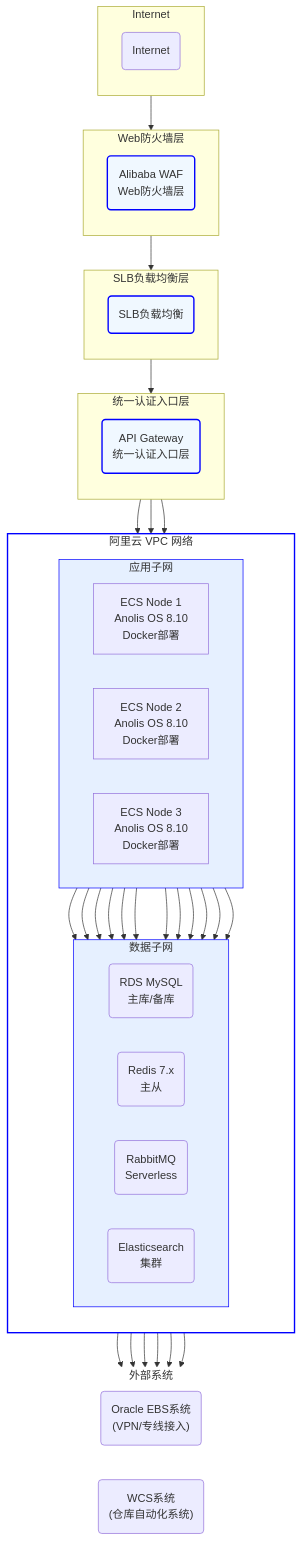
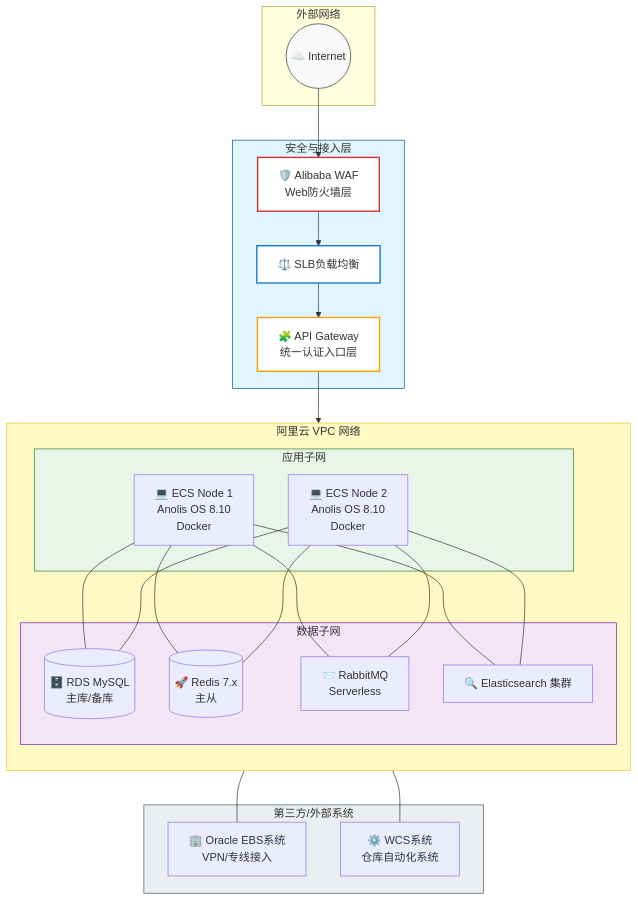
Before and after one commit to moumoukings/iodraw-files: the diagram in all/未命名.md, drawn with Mermaid.

Commit message:
2026-02-11 14:33:54 update

````diff
--- a/all/未命名.md
+++ b/all/未命名.md
@@ -1,99 +1,57 @@
 ```mermaid
-flowchart TD
-
-    %% 定义样式
-    subgraph cloud_internet [Internet]
-        direction TB
-        internet_cloud(Internet)
+graph TD
+    subgraph Public_Network [外部网络]
+        Internet(("☁️ Internet"))
     end
 
-    subgraph cloud_security [Web防火墙层]
+    subgraph Security_Layer [安全与接入层]
+        WAF["🛡️ Alibaba WAF<br/>Web防火墙层"]
+        SLB[⚖️ SLB负载均衡]
+        APIGW["🧩 API Gateway<br/>统一认证入口层"]
+    end
+
+    subgraph VPC [阿里云 VPC 网络]
         direction TB
-        waf("Alibaba WAF <br> Web防火墙层")
+        
+        subgraph App_Subnet [应用子网]
+            ECS1["💻 ECS Node 1<br/>Anolis OS 8.10<br/>Docker"]
+            ECS2["💻 ECS Node 2<br/>Anolis OS 8.10<br/>Docker"]
+        end
+
+        subgraph Data_Subnet [数据子网]
+            RDS[("🗄️ RDS MySQL<br/>主库/备库")]
+            Redis[("🚀 Redis 7.x<br/>主从")]
+            MQ["📨 RabbitMQ<br/>Serverless"]
+            ES[🔍 Elasticsearch 集群]
+        end
     end
-    style waf fill:#F0F8FF,stroke:#0000FF,stroke-width:2px
 
-    subgraph cloud_load_balancing [SLB负载均衡层]
-        direction TB
-        slb(SLB负载均衡)
+    subgraph External_Systems ["第三方/外部系统"]
+        EBS["🏢 Oracle EBS系统<br/>VPN/专线接入"]
+        WCS["⚙️ WCS系统<br/>仓库自动化系统"]
     end
-    style slb fill:#F0F8FF,stroke:#0000FF,stroke-width:2px
 
-    subgraph cloud_gateway [统一认证入口层]
-        direction TB
-        api_gateway("API Gateway <br> 统一认证入口层")
-    end
-    style api_gateway fill:#F0F8FF,stroke:#0000FF,stroke-width:2px
+    Internet --> WAF
+    WAF --> SLB
+    SLB --> APIGW
+    APIGW --> VPC
+    
+    ECS1 & ECS2 --- RDS
+    ECS1 & ECS2 --- Redis
+    ECS1 & ECS2 --- MQ
+    ECS1 & ECS2 --- ES
 
-    subgraph vpc_network [阿里云 VPC 网络]
-        direction TB
-        subgraph subnet_app [应用子网]
-            direction LR
-            ecs1["ECS Node 1 <br> Anolis OS 8.10 <br> Docker部署"]
-            ecs2["ECS Node 2 <br> Anolis OS 8.10 <br> Docker部署"]
-            ecs3["ECS Node 3 <br> Anolis OS 8.10 <br> Docker部署"]
-        end
-        style subnet_app fill:#E6F0FF,stroke:#0000FF,stroke-width:1px
+    VPC --- EBS
+    VPC --- WCS
 
-        subgraph subnet_data [数据子网]
-            direction LR
-            rds_mysql("RDS MySQL <br> 主库/备库")
-            redis("Redis 7.x <br> 主从")
-            rabbitmq("RabbitMQ <br> Serverless")
-            elasticsearch("Elasticsearch <br> 集群")
-        end
-        style subnet_data fill:#E6F0FF,stroke:#0000FF,stroke-width:1px
-    end
-    style vpc_network fill:#FFFFFF,stroke:#0000FF,stroke-width:2px
-
-    subgraph external_systems [外部系统]
-        direction LR
-        oracle("Oracle EBS系统 <br> (VPN/专线接入)")
-        wcs("WCS系统 <br> (仓库自动化系统)")
-    end
-    style external_systems fill:#FFFFFF,stroke:#FFFFFF,stroke-width:1px
-
-    %% 流程连接
-    internet_cloud --> waf
-    waf --> slb
-    slb --> api_gateway
-    api_gateway --> ecs1 & ecs2 & ecs3
-
-    %% 应用子网与数据子网连接（假设应用需要访问数据）
-    ecs1 --> rds_mysql
-    ecs1 --> redis
-    ecs1 --> rabbitmq
-    ecs1 --> elasticsearch
-    ecs2 --> rds_mysql
-    ecs2 --> redis
-    ecs2 --> rabbitmq
-    ecs2 --> elasticsearch
-    ecs3 --> rds_mysql
-    ecs3 --> redis
-    ecs3 --> rabbitmq
-    ecs3 --> elasticsearch
-
-    %% 应用子网与其他系统连接
-    ecs1 --> oracle
-    ecs1 --> wcs
-    ecs2 --> oracle
-    ecs2 --> wcs
-    ecs3 --> oracle
-    ecs3 --> wcs
-
-    %% 图标定义 (使用font awesome)
-    class internet_cloud fa:fa-cloud
-    class waf fa:fa-shield-alt
-    class slb fa:fa-network-wired
-    class api_gateway fa:fa-cubes
-    class ecs1 fa:fa-server
-    class ecs2 fa:fa-server
-    class ecs3 fa:fa-server
-    class rds_mysql fa:fa-database
-    class redis fa:fa-database
-    class rabbitmq fa:fa-server
-    class elasticsearch fa:fa-search
-    class oracle fa:fa-laptop-code
-    class wcs fa:fa-warehouse
+    style Internet fill:#f9f9f9,stroke:#333
+    style Security_Layer fill:#e1f5fe,stroke:#01579b
+    style VPC fill:#fff9c4,stroke:#fbc02d
+    style App_Subnet fill:#e8f5e9,stroke:#2e7d32
+    style Data_Subnet fill:#f3e5f5,stroke:#7b1fa2
+    style External_Systems fill:#eceff1,stroke:#455a64
+    style WAF fill:#fff,stroke:#d32f2f,stroke-width:2px
+    style SLB fill:#fff,stroke:#1976d2,stroke-width:2px
+    style APIGW fill:#fff,stroke:#ffa000,stroke-width:2px
 
 ```
````
